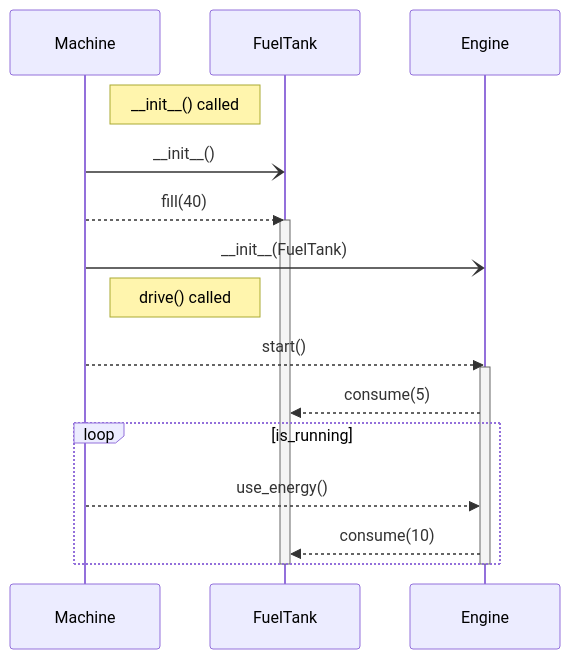
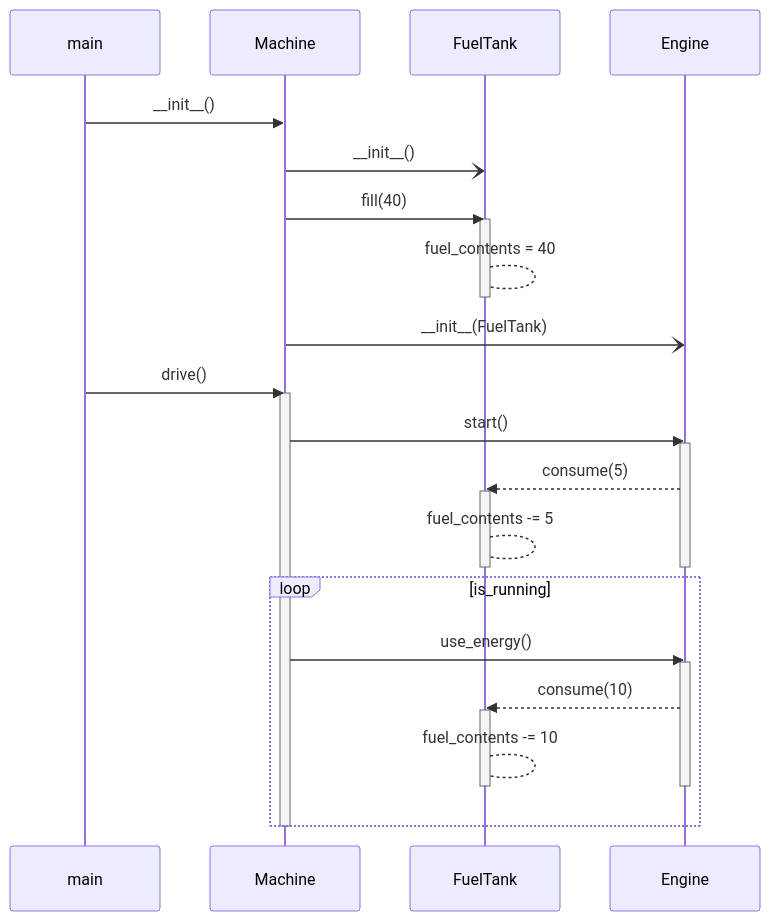
One commit to joonarafael/ohte changed the diagram in laskarit/viikko3/machine.md. Above: the diagram before and after it, drawn with Mermaid.

Commit message:
updates to machine

````diff
--- a/laskarit/viikko3/machine.md
+++ b/laskarit/viikko3/machine.md
@@ -1,22 +1,36 @@
 ```mermaid
 sequenceDiagram
-    Note right of Machine: __init__() called
+    main ->> Machine: __init__()
     Machine -) FuelTank: __init__()
-    Machine -->> FuelTank: fill(40)
+    Machine ->> FuelTank: fill(40)
+    
     activate FuelTank
+    FuelTank --> FuelTank: fuel_contents = 40
+    deactivate FuelTank
+    
     Machine -) Engine: __init__(FuelTank)
-    Note right of Machine: drive() called
-    Machine -->>  Engine: start()
-
+    
+    main ->> Machine: drive()
+    activate Machine
+    Machine ->>  Engine: start()
     activate Engine
-
     Engine -->> FuelTank: consume(5)
     
-    loop is_running
-        Machine -->> Engine: use_energy()
-        Engine -->> FuelTank: consume(10)
-    end
-
+    activate FuelTank
+    FuelTank --> FuelTank: fuel_contents -= 5
     deactivate FuelTank
     deactivate Engine
+    
+    loop is_running
+        Machine ->> Engine: use_energy()
+        activate Engine
+        Engine -->> FuelTank: consume(10)
+        
+        activate FuelTank
+        FuelTank --> FuelTank: fuel_contents -= 10
+        deactivate FuelTank
+        deactivate Engine
+    end
+    
+    deactivate Machine
 ```
````
